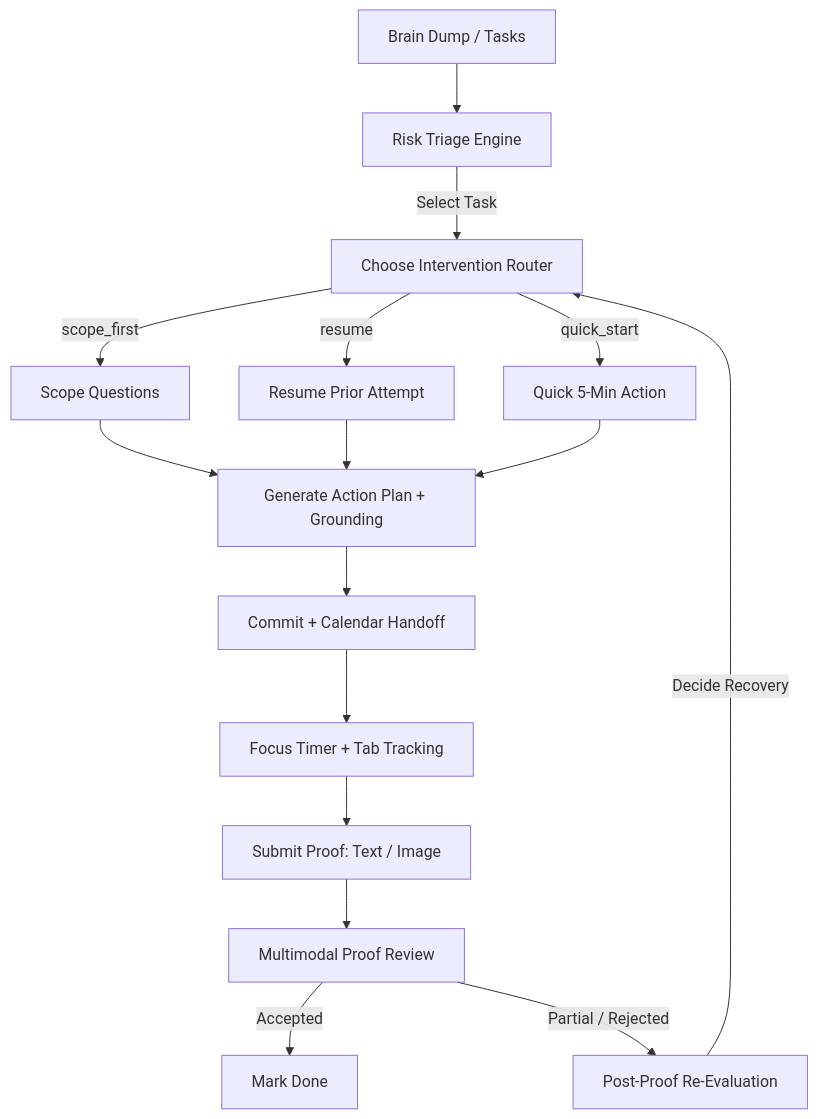
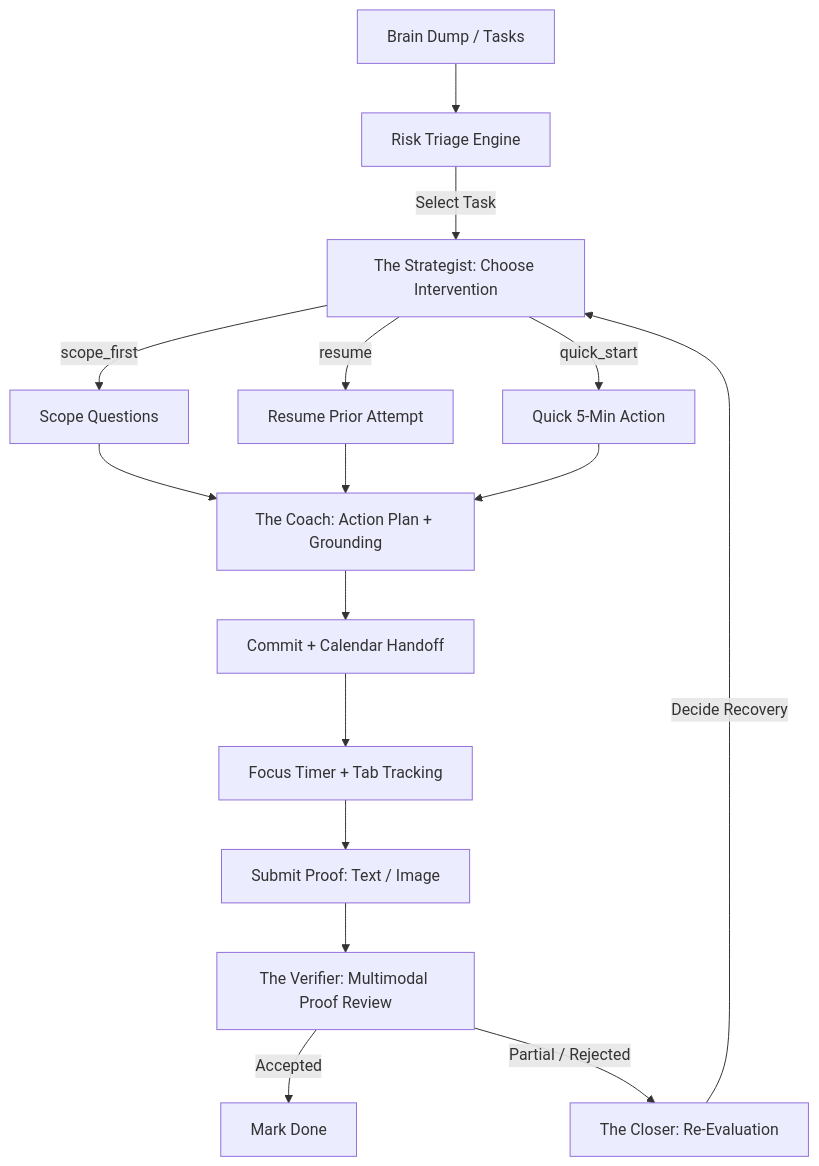
The diagram in README.md (sarthak742/clutch), drawn with Mermaid before and after one commit. The commit also changed other lines of this file and 3 other files, not shown here.

````diff
--- a/README.md
+++ b/README.md
@@ -71,16 +112,16 @@
 ```mermaid
 graph TD
     A[Brain Dump / Tasks] --> B[Risk Triage Engine]
-    B -->|Select Task| C[Choose Intervention Router]
+    B -->|Select Task| C[The Strategist: Choose Intervention]
     C -->|scope_first| D[Scope Questions]
     C -->|resume| E[Resume Prior Attempt]
     C -->|quick_start| F[Quick 5-Min Action]
-    D & E & F --> G[Generate Action Plan + Grounding]
+    D & E & F --> G[The Coach: Action Plan + Grounding]
     G --> H[Commit + Calendar Handoff]
     H --> I[Focus Timer + Tab Tracking]
     I --> J[Submit Proof: Text / Image]
-    J --> K[Multimodal Proof Review]
+    J --> K[The Verifier: Multimodal Proof Review]
     K -->|Accepted| L[Mark Done]
-    K -->|Partial / Rejected| M[Post-Proof Re-Evaluation]
+    K -->|Partial / Rejected| M[The Closer: Re-Evaluation]
     M -->|Decide Recovery| C
 ```
````
